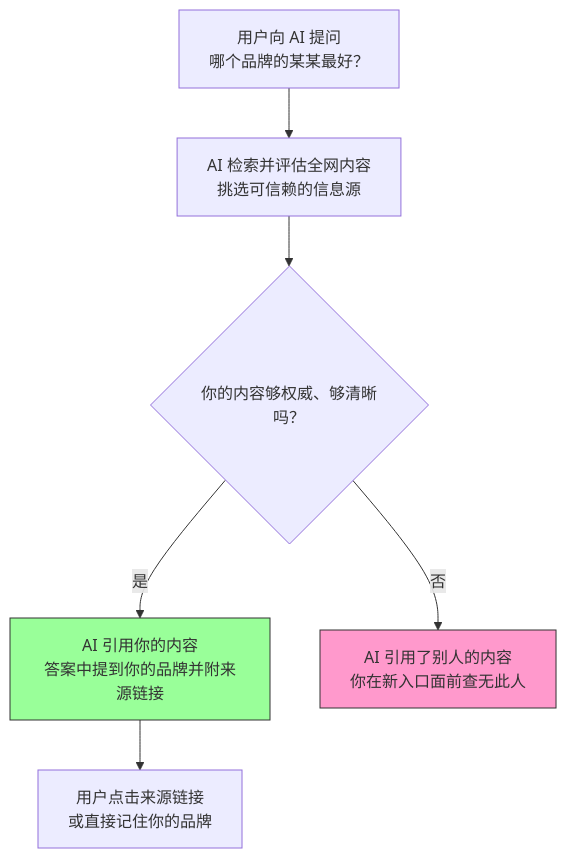
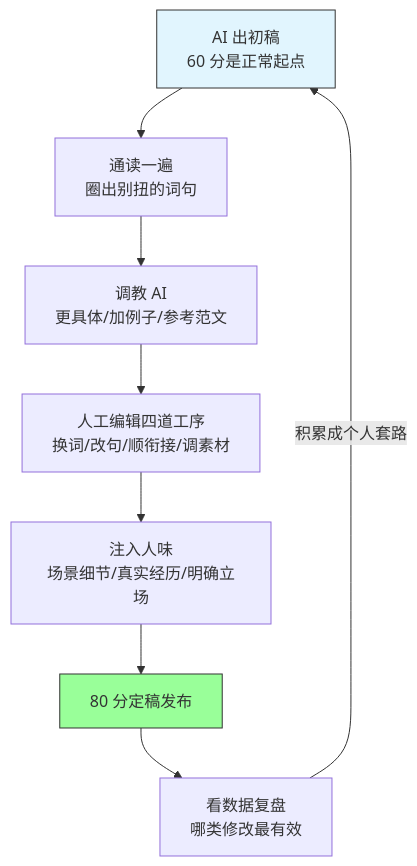
The fourth of 4 diagrams in docs/book/ch29.md (OpenDocCN1/flygon-dahanghai), drawn with Mermaid before and after one commit. The commit also changed other lines of this file and 1 other file, not shown here.

````diff
--- a/docs/book/ch29.md
+++ b/docs/book/ch29.md
@@ -293,10 +405,12 @@
 ```mermaid
 graph TD
-    A[用户向 AI 提问<br>哪个品牌的某某最好？] --> B[AI 检索并评估全网内容<br>挑选可信赖的信息源]
-    B --> C{你的内容够权威、够清晰吗？}
-    C -->|是| D[AI 引用你的内容<br>答案中提到你的品牌并附来源链接]
-    C -->|否| E[AI 引用了别人的内容<br>你在新入口面前查无此人]
-    D --> F[用户点击来源链接<br>或直接记住你的品牌]
-    style D fill:#9f9,stroke:#333
-    style E fill:#f9c,stroke:#333
+    A[AI 出初稿<br>60 分是正常起点] --> B[通读一遍<br>圈出别扭的词句]
+    B --> C[调教 AI<br>更具体/加例子/参考范文]
+    C --> D[人工编辑四道工序<br>换词/改句/顺衔接/调素材]
+    D --> E[注入人味<br>场景细节/真实经历/明确立场]
+    E --> F[80 分定稿发布]
+    F --> G[看数据复盘<br>哪类修改最有效]
+    G -->|积累成个人套路| A
+    style A fill:#e1f5fe,stroke:#333
+    style F fill:#9f9,stroke:#333
 ```
````
